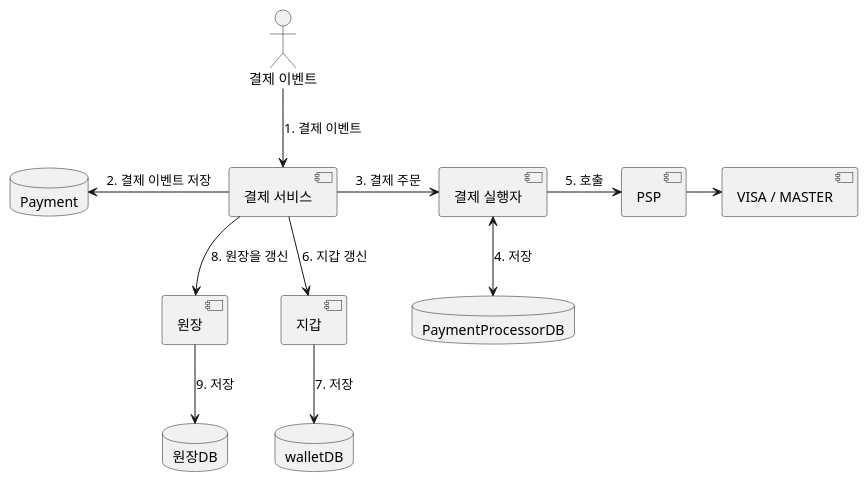
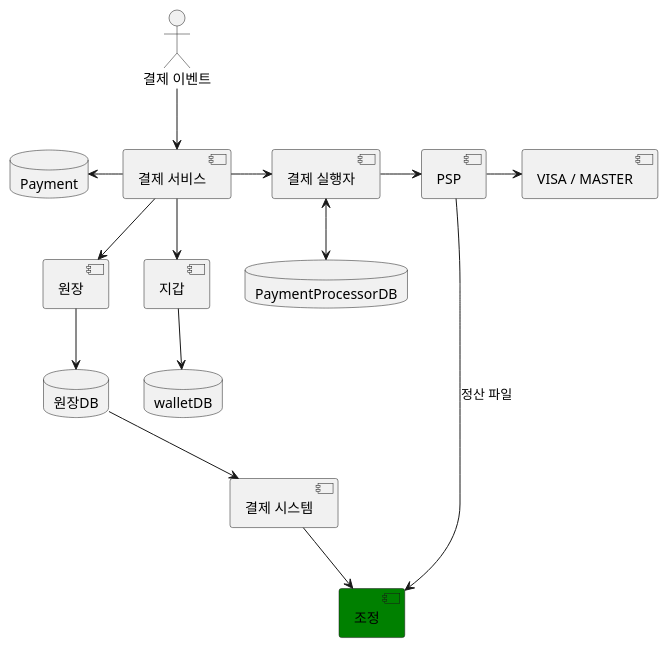
The diagram in System-Design-Interview-vol2/11.결제 시스템/devhwang/11.2.puml (team-json-delivery/study-archive), drawn with PlantUML before and after one commit. The commit also changed 8 other files, not shown here.

```diff
--- a/System-Design-Interview-vol2/11.결제 시스템/devhwang/11.2.puml
+++ b/System-Design-Interview-vol2/11.결제 시스템/devhwang/11.2.puml
@@ -1,23 +1,28 @@
 @startuml
 actor "결제 이벤트"
 component "결제 서비스"
 component "결제 실행자"
 component 원장
 component 지갑
 component PSP
 component "VISA / MASTER"
 database Payment
 database PaymentProcessorDB
 database walletDB
 database 원장DB
-"결제 이벤트" -down-> "결제 서비스" : 1. 결제 이벤트
-"결제 서비스" -left-> Payment : 2. 결제 이벤트 저장
-"결제 서비스" -right-> "결제 실행자" : 3. 결제 주문
-"결제 실행자" <-down-> PaymentProcessorDB : 4. 저장
-"결제 실행자" -right-> PSP : 5. 호출
+component "결제 시스템"
+"결제 이벤트" -down-> "결제 서비스"
+"결제 서비스" -left-> Payment
+"결제 서비스" -right-> "결제 실행자"
+"결제 실행자" <-down-> PaymentProcessorDB
+"결제 실행자" -right-> PSP
 PSP -> "VISA / MASTER"
-"결제 서비스" -down-> 지갑 : 6. 지갑 갱신
-지갑 -down-> walletDB : 7. 저장
-"결제 서비스" -down-> 원장 : 8. 원장을 갱신
-원장 -down-> 원장DB : 9. 저장
+"결제 서비스" -down-> 지갑
+지갑 -down-> walletDB
+"결제 서비스" -down-> 원장
+원장 -down-> 원장DB
+원장DB --> "결제 시스템"
+component 조정 #GREEN
+"결제 시스템" --> 조정
+PSP --> 조정 : 정산 파일
 @enduml
```
